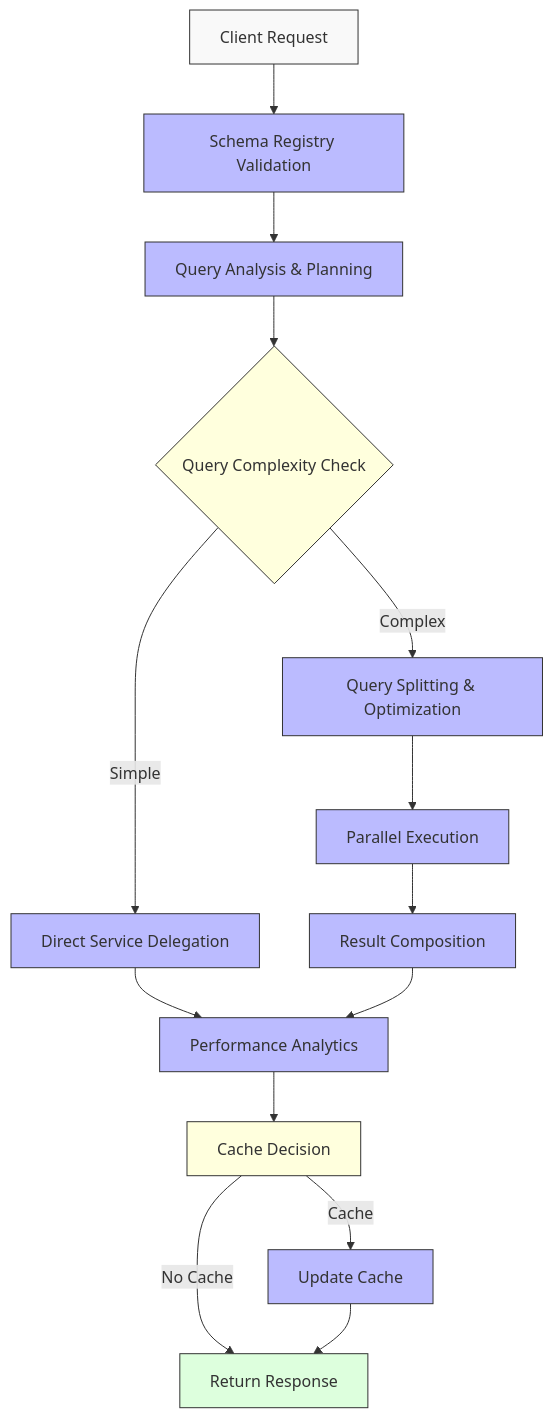
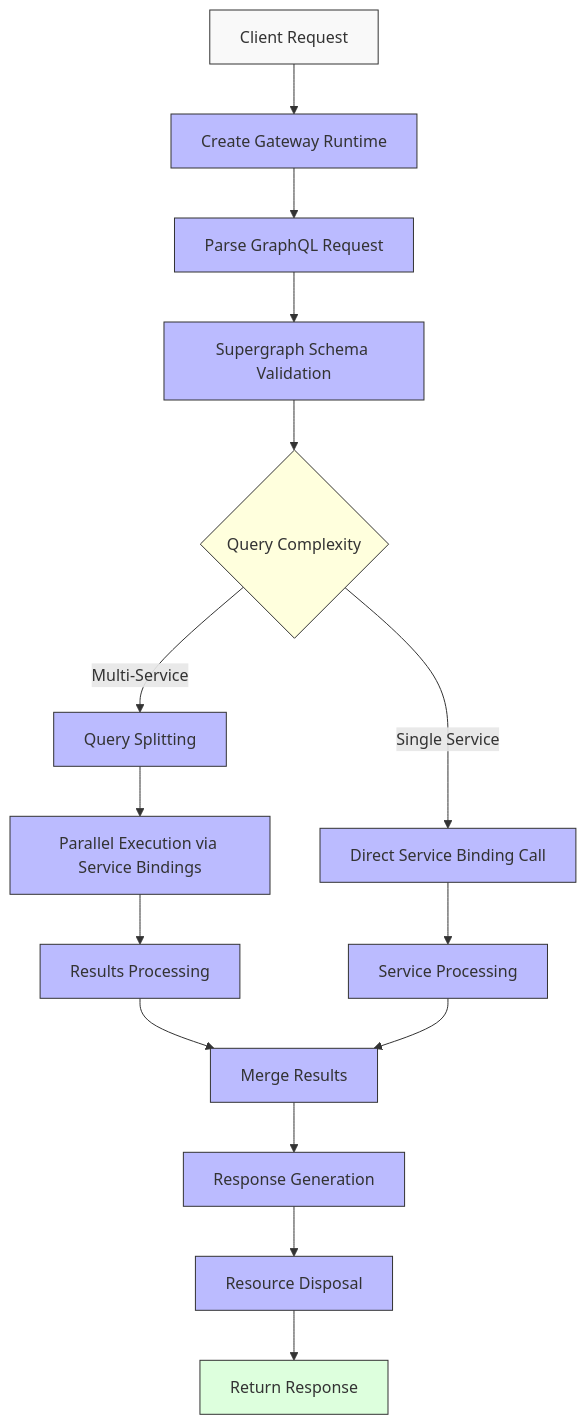
The fourth of 4 diagrams in docs/tdd/lld.md (vinodhj/graphql-gateway-microservices), drawn with Mermaid before and after one commit. The commit also changed 1 other file, not shown here.

Commit message:
minor tweaks-1

````diff
--- a/docs/tdd/lld.md
+++ b/docs/tdd/lld.md
@@ -235,29 +235,32 @@
 ```mermaid
 flowchart TD
-    A[Client Request] --> B[Schema Registry Validation]
-    B --> C[Query Analysis & Planning]
-    C --> D{Query Complexity Check}
+    A[Client Request] --> B[Create Gateway Runtime]
+    B --> C[Parse GraphQL Request]
+    C --> D[Supergraph Schema Validation]
 
-    D -- Simple --> E[Direct Service Delegation]
-    D -- Complex --> F[Query Splitting & Optimization]
+    D --> E{Query Complexity}
 
-    F --> G[Parallel Execution]
-    E --> H[Performance Analytics]
-    G --> I[Result Composition]
-    I --> H
+    E -- Single Service --> F[Direct Service Binding Call]
+    E -- Multi-Service --> G[Query Splitting]
 
-    H --> J[Cache Decision]
-    J -- Cache --> K[Update Cache]
-    J -- No Cache --> L[Return Response]
-    K --> L
+    G --> H[Parallel Execution via Service Bindings]
+    F --> I[Service Processing]
+    H --> J[Results Processing]
+
+    J --> K[Merge Results]
+    I --> K
+
+    K --> L[Response Generation]
+    L --> M[Resource Disposal]
+    M --> N[Return Response]
 
     classDef start fill:#f9f9f9,stroke:#333,stroke-width:1px,color:#333
     classDef process fill:#bbf,stroke:#333,stroke-width:1px,color:#333
     classDef decision fill:#ffd,stroke:#333,stroke-width:1px,color:#333
     classDef endNode fill:#dfd,stroke:#333,stroke-width:1px,color:#333
 
     class A start
-    class D,J decision
-    class B,C,E,F,G,H,I,K process
-    class L endNode
+    class E decision
+    class B,C,D,F,G,H,I,J,K,L,M process
+    class N endNode
 ```
````
